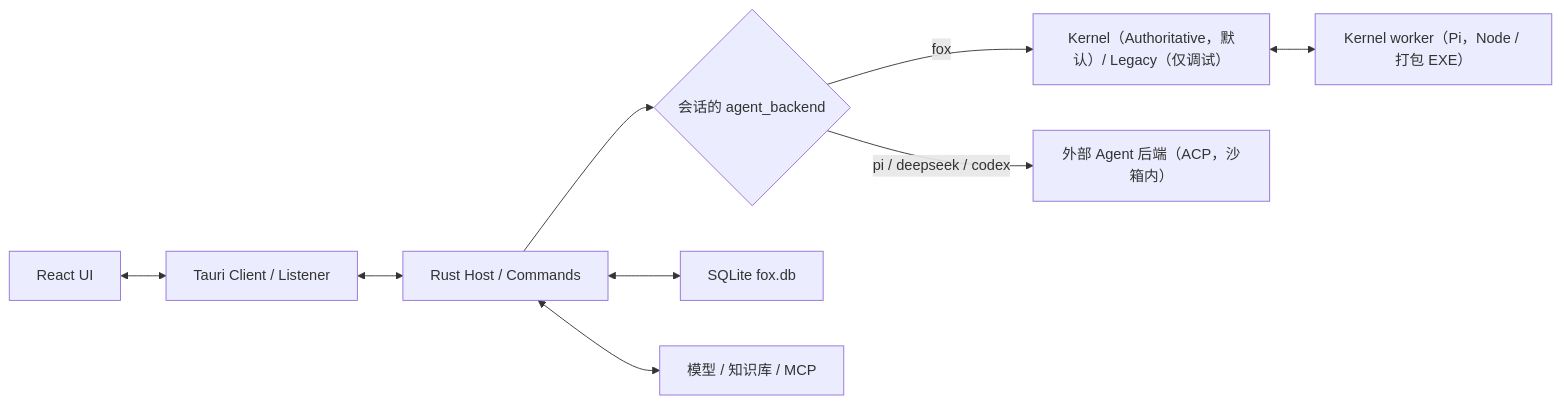
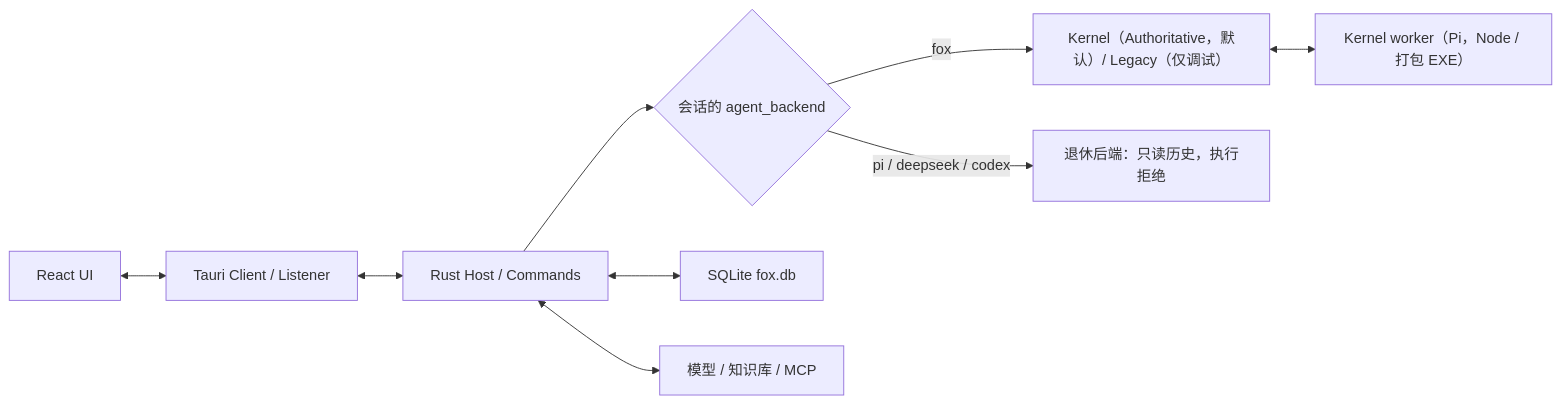
The diagram in docs/05-开发指南/调试指南.md (Hry1729/Fox-Agent), drawn with Mermaid before and after one commit. The commit also changed other lines of this file and 95 other files, not shown here.

````diff
--- a/docs/05-开发指南/调试指南.md
+++ b/docs/05-开发指南/调试指南.md
@@ -14,11 +14,11 @@
 ```mermaid
 flowchart LR
   UI["React UI"] <--> Client["Tauri Client / Listener"]
   Client <--> Host["Rust Host / Commands"]
   Host --> Route{"会话的 agent_backend"}
   Route -->|"fox"| Kernel["Kernel（Authoritative，默认）/ Legacy（仅调试）"]
   Kernel <--> Worker["Kernel worker（Pi，Node / 打包 EXE）"]
-  Route -->|"pi / deepseek / codex"| ACP["外部 Agent 后端（ACP，沙箱内）"]
+  Route -->|"pi / deepseek / codex"| ACP["退休后端：只读历史，执行拒绝"]
   Host <--> DB["SQLite fox.db"]
   Host <--> Service["模型 / 知识库 / MCP"]
 ```
````
